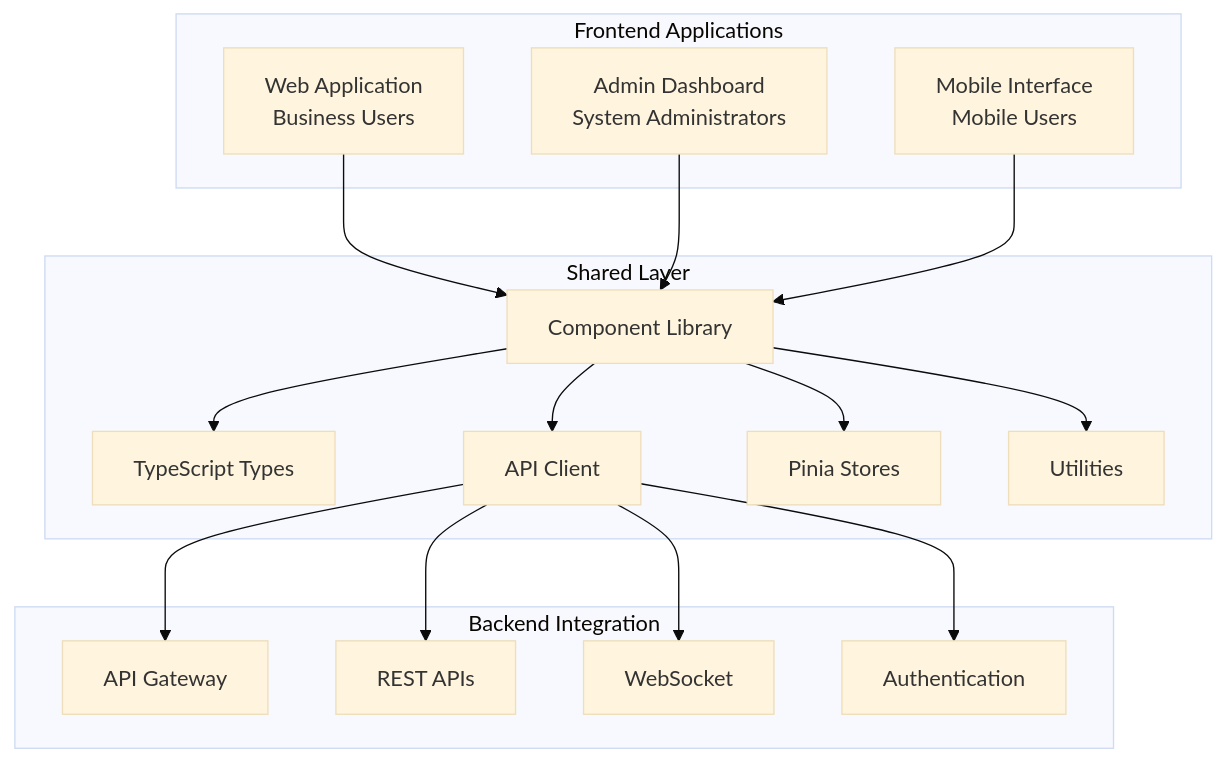
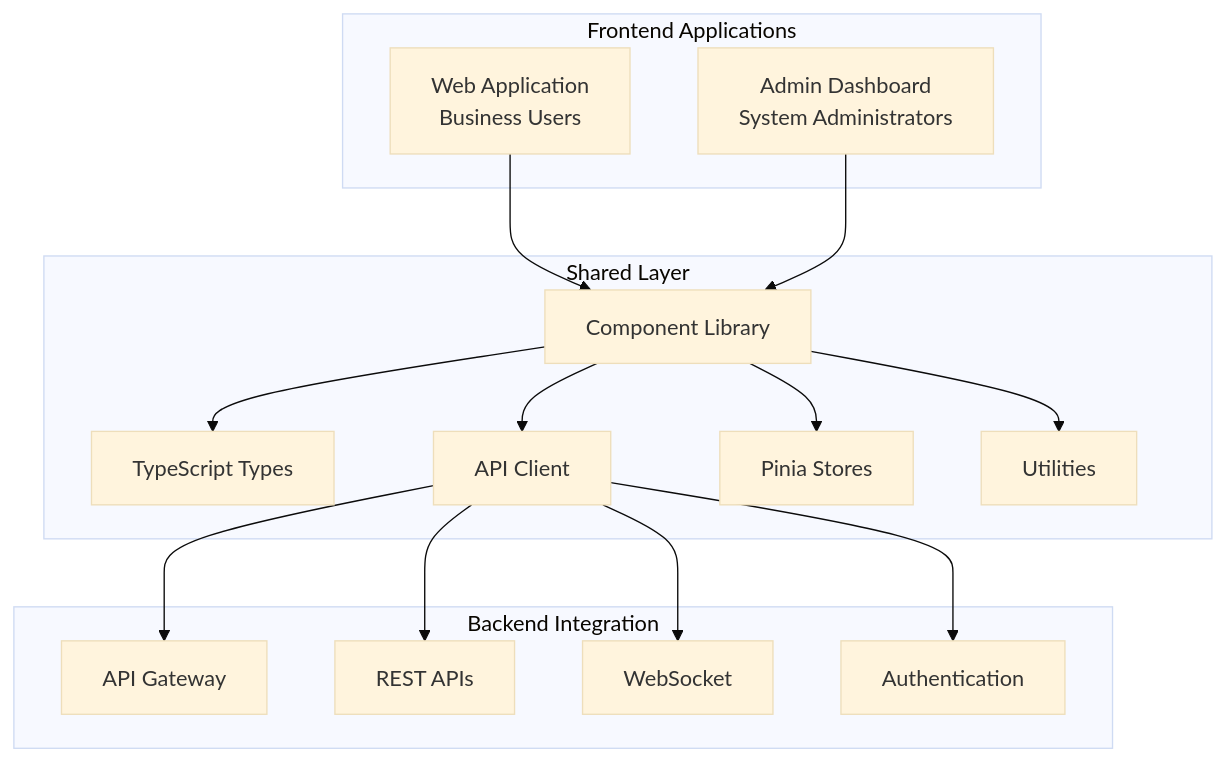
The diagram in rules-engine-structured-design/frontend/README.md (jplazaroalonso/ENGINE-RULES-SP), drawn with Mermaid (base theme) before and after one commit. The commit also changed other lines of this file and 7 other files, not shown here.

````diff
--- a/rules-engine-structured-design/frontend/README.md
+++ b/rules-engine-structured-design/frontend/README.md
@@ -9,37 +9,35 @@
 ```mermaid
 graph TB
     subgraph "Frontend Applications"
         WEB[Web Application<br/>Business Users]
         ADMIN[Admin Dashboard<br/>System Administrators]
-        MOBILE[Mobile Interface<br/>Mobile Users]
     end
     
     subgraph "Shared Layer"
         COMP[Component Library]
         TYPES[TypeScript Types]
         API[API Client]
         STORE[Pinia Stores]
         UTILS[Utilities]
     end
     
     subgraph "Backend Integration"
         GW[API Gateway]
         REST[REST APIs]
         WS[WebSocket]
         AUTH[Authentication]
     end
     
     WEB --> COMP
     ADMIN --> COMP
-    MOBILE --> COMP
     
     COMP --> TYPES
     COMP --> API
     COMP --> STORE
     COMP --> UTILS
     
     API --> GW
     API --> REST
     API --> WS
     API --> AUTH
 ```
````
